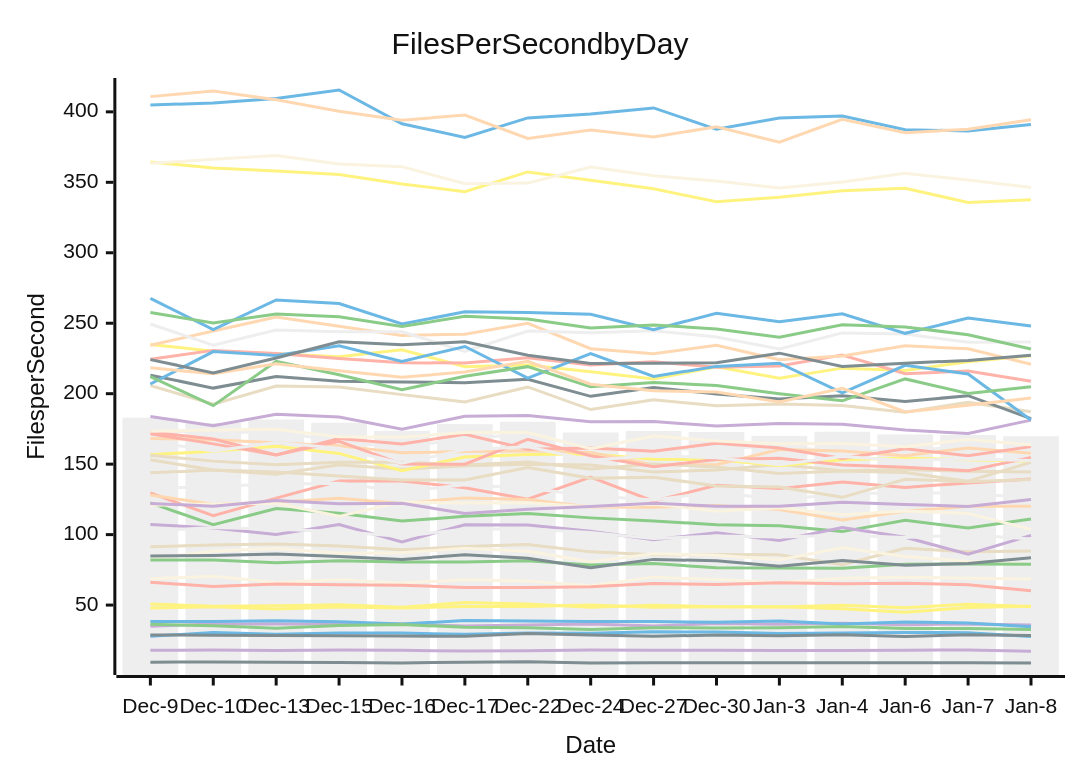
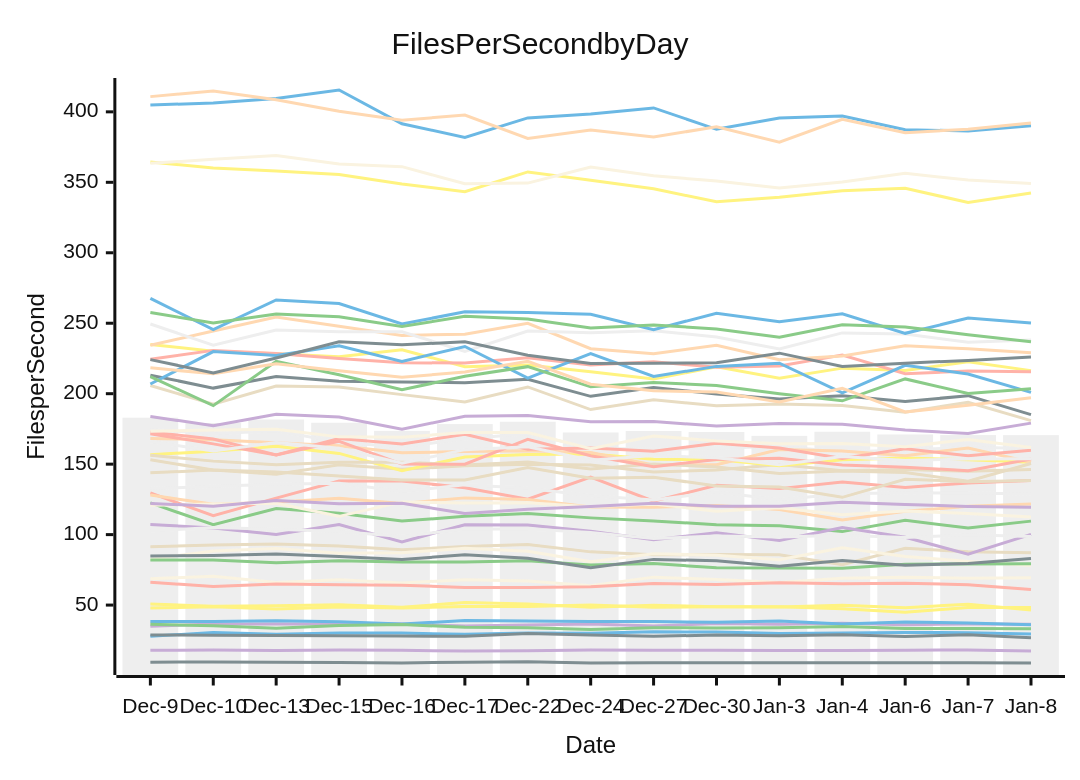
Before and after one commit to streetsidesoftware/cspell: the diagram in perf-report.md, drawn with Mermaid (neutral theme). The commit also changed other lines of this file and 1 other file, not shown here.

````diff
--- a/perf-report.md
+++ b/perf-report.md
@@ -10,57 +10,57 @@
 ```mermaid
 xychart-beta
     title Files Per Second by Day
     y-axis Files per Second
     x-axis Date [Dec-9, Dec-10, Dec-13, Dec-15, Dec-16, Dec-17, Dec-22, Dec-24, Dec-27, Dec-30, Jan-3, Jan-4, Jan-6, Jan-7, Jan-8]
-    bar [182.95, 179.19, 181.65, 179.36, 173.64, 178.43, 180.09, 172.48, 173.54, 172.79, 170.07, 172.98, 171.06, 170.63, 169.82]
-    line [27.90, 30.55, 29.22, 30.21, 30.10, 29.27, 30.24, 30.04, 30.99, 30.88, 29.79, 30.12, 30.58, 30.44, 27.79]
-    line [122.48, 107.06, 118.54, 115.18, 109.59, 113.00, 115.03, 111.88, 109.68, 107.07, 106.25, 102.14, 110.16, 104.65, 111.04]
-    line [34.90, 36.59, 36.61, 36.51, 36.62, 35.07, 35.79, 36.55, 35.09, 36.98, 36.38, 37.08, 36.07, 36.65, 35.93]
-    line [91.43, 92.60, 93.37, 91.85, 89.18, 91.59, 93.06, 87.76, 85.72, 85.81, 85.78, 78.64, 90.27, 87.90, 88.34]
-    line [129.58, 113.42, 125.88, 138.00, 137.98, 133.31, 125.20, 140.89, 123.76, 134.99, 132.64, 137.41, 133.47, 136.71, 139.41]
-    line [234.86, 230.17, 228.31, 226.27, 231.21, 219.13, 220.31, 215.56, 210.39, 219.17, 210.98, 218.13, 216.47, 222.63, 226.92]
+    bar [182.95, 179.19, 181.65, 179.36, 173.64, 178.43, 180.09, 172.48, 173.54, 172.79, 170.07, 172.98, 171.06, 170.63, 170.60]
+    line [27.90, 30.55, 29.22, 30.21, 30.10, 29.27, 30.24, 30.04, 30.99, 30.88, 29.79, 30.12, 30.58, 30.44, 29.43]
+    line [122.48, 107.06, 118.54, 115.18, 109.59, 113.00, 115.03, 111.88, 109.68, 107.07, 106.25, 102.14, 110.16, 104.65, 109.58]
+    line [34.90, 36.59, 36.61, 36.51, 36.62, 35.07, 35.79, 36.55, 35.09, 36.98, 36.38, 37.08, 36.07, 36.65, 36.34]
+    line [91.43, 92.60, 93.37, 91.85, 89.18, 91.59, 93.06, 87.76, 85.72, 85.81, 85.78, 78.64, 90.27, 87.90, 87.06]
+    line [129.58, 113.42, 125.88, 138.00, 137.98, 133.31, 125.20, 140.89, 123.76, 134.99, 132.64, 137.41, 133.47, 136.71, 138.45]
+    line [234.86, 230.17, 228.31, 226.27, 231.21, 219.13, 220.31, 215.56, 210.39, 219.17, 210.98, 218.13, 216.47, 222.63, 216.37]
     line [9.47, 9.61, 9.47, 9.27, 8.94, 9.45, 9.78, 8.90, 9.07, 9.12, 9.16, 9.11, 9.12, 9.14, 8.90]
-    line [128.11, 121.50, 122.96, 125.85, 122.14, 126.07, 124.95, 119.60, 119.43, 120.64, 117.82, 110.33, 116.53, 120.08, 120.12]
-    line [82.46, 88.30, 90.18, 86.83, 87.07, 90.37, 88.26, 80.81, 86.47, 85.34, 82.22, 90.61, 84.54, 80.98, 78.83]
-    line [132.66, 134.27, 135.78, 136.38, 130.55, 135.39, 132.89, 127.54, 124.61, 130.19, 124.72, 128.97, 129.63, 129.57, 125.74]
-    line [38.36, 38.36, 38.81, 38.12, 36.63, 38.97, 38.70, 38.32, 38.26, 37.85, 38.77, 36.54, 38.02, 37.20, 34.62]
-    line [82.06, 81.96, 79.96, 81.37, 80.53, 80.51, 81.49, 78.49, 79.44, 76.50, 76.34, 76.08, 79.03, 79.23, 78.95]
-    line [17.89, 18.13, 17.78, 18.13, 17.93, 17.37, 17.53, 18.08, 17.97, 17.93, 17.83, 17.83, 17.89, 18.19, 17.29]
-    line [153.13, 145.78, 142.78, 149.53, 146.32, 148.93, 149.89, 149.32, 144.39, 145.93, 149.70, 145.36, 146.19, 145.02, 144.38]
-    line [224.38, 230.73, 228.56, 225.00, 222.02, 221.71, 225.51, 220.33, 222.69, 218.79, 219.63, 227.40, 214.16, 216.11, 208.89]
-    line [156.72, 159.18, 162.67, 157.64, 145.39, 155.01, 156.77, 157.19, 153.46, 153.21, 148.91, 153.20, 154.41, 153.05, 152.14]
-    line [84.79, 85.17, 86.33, 84.51, 82.32, 85.67, 83.25, 76.44, 82.43, 81.41, 77.52, 81.68, 78.20, 79.53, 83.56]
-    line [234.36, 244.44, 254.37, 247.88, 241.35, 242.19, 249.98, 231.90, 228.38, 234.40, 224.05, 226.75, 234.01, 231.87, 220.86]
-    line [68.69, 70.43, 66.11, 67.91, 65.71, 68.06, 67.11, 63.78, 69.83, 68.15, 65.99, 69.11, 69.77, 69.09, 68.53]
-    line [174.62, 171.51, 173.65, 165.49, 162.20, 168.07, 171.52, 161.55, 160.38, 161.25, 162.72, 158.59, 160.02, 162.06, 155.03]
-    line [404.78, 406.35, 409.54, 415.50, 391.53, 381.89, 395.71, 398.52, 402.79, 387.60, 395.60, 397.05, 387.31, 386.47, 391.06]
-    line [36.33, 35.41, 33.56, 35.56, 36.21, 34.19, 33.89, 32.69, 33.95, 33.78, 33.96, 34.86, 33.41, 33.47, 32.73]
-    line [183.86, 177.29, 185.44, 183.45, 174.84, 184.02, 184.52, 180.06, 180.25, 176.99, 178.92, 178.38, 174.22, 171.75, 181.25]
-    line [205.78, 192.58, 205.45, 204.82, 199.34, 194.10, 204.78, 188.75, 195.62, 191.45, 192.64, 191.68, 186.85, 193.93, 187.17]
-    line [66.15, 63.18, 64.91, 64.35, 64.10, 62.51, 62.39, 63.01, 65.26, 64.66, 65.89, 65.11, 65.47, 64.47, 60.18]
-    line [364.44, 360.18, 358.05, 355.49, 348.84, 343.31, 357.38, 351.53, 345.39, 336.17, 339.40, 343.93, 345.83, 335.66, 337.68]
-    line [213.14, 203.97, 212.22, 208.88, 208.37, 207.77, 210.28, 198.12, 204.40, 199.78, 196.30, 198.61, 194.45, 198.60, 182.35]
-    line [168.12, 167.40, 165.15, 163.12, 158.04, 158.90, 159.56, 158.26, 149.38, 149.63, 160.44, 159.38, 155.94, 161.49, 157.72]
-    line [120.76, 121.79, 122.20, 112.97, 123.23, 122.39, 122.57, 119.82, 121.66, 116.64, 119.03, 114.16, 116.74, 115.06, 103.70]
-    line [249.46, 234.43, 245.12, 243.88, 243.97, 230.01, 244.43, 243.32, 244.74, 240.28, 231.82, 243.15, 242.35, 236.52, 236.64]
-    line [206.87, 229.87, 227.19, 234.07, 222.96, 233.49, 211.10, 228.39, 212.27, 219.38, 221.60, 200.66, 220.18, 213.99, 181.38]
-    line [212.06, 191.55, 223.01, 213.39, 202.82, 212.32, 219.19, 204.86, 207.97, 205.76, 199.93, 194.96, 210.48, 200.08, 204.99]
-    line [107.21, 104.66, 100.11, 107.13, 94.87, 107.05, 106.83, 102.33, 96.35, 101.39, 95.92, 105.11, 98.16, 86.10, 99.44]
-    line [156.25, 152.15, 149.54, 151.43, 151.38, 149.35, 151.56, 146.50, 150.10, 148.04, 143.32, 145.06, 144.14, 137.83, 151.23]
-    line [171.54, 164.38, 156.51, 166.27, 150.03, 149.99, 167.61, 155.99, 148.15, 153.37, 154.17, 149.42, 147.86, 145.38, 154.82]
-    line [47.97, 48.84, 47.30, 48.59, 47.94, 49.07, 48.96, 49.98, 48.46, 48.82, 48.74, 47.38, 44.97, 48.20, 49.23]
-    line [28.75, 28.65, 28.35, 28.26, 28.09, 27.81, 29.86, 28.77, 27.94, 28.71, 28.29, 28.89, 27.76, 28.93, 28.35]
-    line [218.34, 214.11, 221.23, 216.34, 211.66, 215.40, 222.98, 206.68, 202.06, 201.20, 194.13, 203.79, 186.99, 191.85, 196.87]
-    line [363.46, 366.29, 369.00, 363.03, 361.09, 348.96, 349.43, 360.81, 354.60, 350.95, 345.98, 350.21, 356.35, 351.62, 346.39]
-    line [102.69, 105.10, 103.83, 102.19, 98.64, 104.01, 104.04, 101.53, 97.16, 99.08, 98.33, 99.60, 97.96, 99.84, 96.94]
-    line [267.60, 245.47, 266.55, 263.96, 249.42, 258.13, 257.62, 256.30, 245.45, 257.10, 251.12, 256.72, 242.84, 253.62, 248.02]
-    line [257.60, 250.13, 256.58, 254.55, 247.67, 254.88, 252.93, 246.70, 248.73, 245.95, 240.13, 248.92, 247.35, 241.85, 231.75]
-    line [122.14, 120.17, 124.20, 121.82, 122.30, 114.99, 117.98, 119.98, 122.26, 120.11, 120.07, 122.96, 121.36, 120.04, 124.97]
-    line [143.82, 145.78, 144.45, 141.51, 138.80, 138.75, 147.65, 140.01, 140.67, 134.58, 133.84, 126.46, 139.31, 137.59, 139.08]
-    line [172.82, 167.78, 156.48, 168.20, 164.35, 171.17, 160.66, 161.47, 159.18, 164.75, 161.43, 154.09, 160.97, 155.89, 162.45]
-    line [50.73, 49.15, 49.54, 50.29, 48.39, 51.90, 50.84, 48.41, 49.94, 48.88, 48.70, 49.88, 48.16, 50.54, 48.93]
-    line [224.19, 214.79, 225.36, 236.86, 234.70, 236.77, 227.25, 221.39, 221.64, 222.00, 228.77, 219.30, 221.68, 223.62, 227.33]
-    line [410.80, 414.80, 408.65, 400.36, 394.11, 397.72, 381.16, 387.10, 382.18, 389.40, 378.43, 394.66, 385.25, 387.67, 394.33]
-    line [173.41, 174.24, 174.74, 169.36, 169.15, 172.44, 172.46, 160.97, 170.04, 166.42, 164.47, 164.70, 162.35, 167.49, 163.77]
-    line [166.00, 159.37, 165.42, 161.29, 150.68, 160.30, 162.32, 152.82, 156.10, 154.49, 149.59, 155.51, 152.61, 153.69, 152.63]
+    line [128.11, 121.50, 122.96, 125.85, 122.14, 126.07, 124.95, 119.60, 119.43, 120.64, 117.82, 110.33, 116.53, 120.08, 121.77]
+    line [82.46, 88.30, 90.18, 86.83, 87.07, 90.37, 88.26, 80.81, 86.47, 85.34, 82.22, 90.61, 84.54, 80.98, 78.06]
+    line [132.66, 134.27, 135.78, 136.38, 130.55, 135.39, 132.89, 127.54, 124.61, 130.19, 124.72, 128.97, 129.63, 129.57, 128.75]
+    line [38.36, 38.36, 38.81, 38.12, 36.63, 38.97, 38.70, 38.32, 38.26, 37.85, 38.77, 36.54, 38.02, 37.20, 35.97]
+    line [82.06, 81.96, 79.96, 81.37, 80.53, 80.51, 81.49, 78.49, 79.44, 76.50, 76.34, 76.08, 79.03, 79.23, 79.24]
+    line [17.89, 18.13, 17.78, 18.13, 17.93, 17.37, 17.53, 18.08, 17.97, 17.93, 17.83, 17.83, 17.89, 18.19, 17.48]
+    line [153.13, 145.78, 142.78, 149.53, 146.32, 148.93, 149.89, 149.32, 144.39, 145.93, 149.70, 145.36, 146.19, 145.02, 146.18]
+    line [224.38, 230.73, 228.56, 225.00, 222.02, 221.71, 225.51, 220.33, 222.69, 218.79, 219.63, 227.40, 214.16, 216.11, 215.58]
+    line [156.72, 159.18, 162.67, 157.64, 145.39, 155.01, 156.77, 157.19, 153.46, 153.21, 148.91, 153.20, 154.41, 153.05, 151.33]
+    line [84.79, 85.17, 86.33, 84.51, 82.32, 85.67, 83.25, 76.44, 82.43, 81.41, 77.52, 81.68, 78.20, 79.53, 83.01]
+    line [234.36, 244.44, 254.37, 247.88, 241.35, 242.19, 249.98, 231.90, 228.38, 234.40, 224.05, 226.75, 234.01, 231.87, 229.00]
+    line [68.69, 70.43, 66.11, 67.91, 65.71, 68.06, 67.11, 63.78, 69.83, 68.15, 65.99, 69.11, 69.77, 69.09, 69.36]
+    line [174.62, 171.51, 173.65, 165.49, 162.20, 168.07, 171.52, 161.55, 160.38, 161.25, 162.72, 158.59, 160.02, 162.06, 161.10]
+    line [404.78, 406.35, 409.54, 415.50, 391.53, 381.89, 395.71, 398.52, 402.79, 387.60, 395.60, 397.05, 387.31, 386.47, 390.16]
+    line [36.33, 35.41, 33.56, 35.56, 36.21, 34.19, 33.89, 32.69, 33.95, 33.78, 33.96, 34.86, 33.41, 33.47, 33.19]
+    line [183.86, 177.29, 185.44, 183.45, 174.84, 184.02, 184.52, 180.06, 180.25, 176.99, 178.92, 178.38, 174.22, 171.75, 179.11]
+    line [205.78, 192.58, 205.45, 204.82, 199.34, 194.10, 204.78, 188.75, 195.62, 191.45, 192.64, 191.68, 186.85, 193.93, 180.85]
+    line [66.15, 63.18, 64.91, 64.35, 64.10, 62.51, 62.39, 63.01, 65.26, 64.66, 65.89, 65.11, 65.47, 64.47, 61.13]
+    line [364.44, 360.18, 358.05, 355.49, 348.84, 343.31, 357.38, 351.53, 345.39, 336.17, 339.40, 343.93, 345.83, 335.66, 342.43]
+    line [213.14, 203.97, 212.22, 208.88, 208.37, 207.77, 210.28, 198.12, 204.40, 199.78, 196.30, 198.61, 194.45, 198.60, 185.12]
+    line [168.12, 167.40, 165.15, 163.12, 158.04, 158.90, 159.56, 158.26, 149.38, 149.63, 160.44, 159.38, 155.94, 161.49, 151.30]
+    line [120.76, 121.79, 122.20, 112.97, 123.23, 122.39, 122.57, 119.82, 121.66, 116.64, 119.03, 114.16, 116.74, 115.06, 112.51]
+    line [249.46, 234.43, 245.12, 243.88, 243.97, 230.01, 244.43, 243.32, 244.74, 240.28, 231.82, 243.15, 242.35, 236.52, 238.12]
+    line [206.87, 229.87, 227.19, 234.07, 222.96, 233.49, 211.10, 228.39, 212.27, 219.38, 221.60, 200.66, 220.18, 213.99, 200.90]
+    line [212.06, 191.55, 223.01, 213.39, 202.82, 212.32, 219.19, 204.86, 207.97, 205.76, 199.93, 194.96, 210.48, 200.08, 203.53]
+    line [107.21, 104.66, 100.11, 107.13, 94.87, 107.05, 106.83, 102.33, 96.35, 101.39, 95.92, 105.11, 98.16, 86.10, 100.14]
+    line [156.25, 152.15, 149.54, 151.43, 151.38, 149.35, 151.56, 146.50, 150.10, 148.04, 143.32, 145.06, 144.14, 137.83, 150.50]
+    line [171.54, 164.38, 156.51, 166.27, 150.03, 149.99, 167.61, 155.99, 148.15, 153.37, 154.17, 149.42, 147.86, 145.38, 153.63]
+    line [47.97, 48.84, 47.30, 48.59, 47.94, 49.07, 48.96, 49.98, 48.46, 48.82, 48.74, 47.38, 44.97, 48.20, 48.28]
+    line [28.75, 28.65, 28.35, 28.26, 28.09, 27.81, 29.86, 28.77, 27.94, 28.71, 28.29, 28.89, 27.76, 28.93, 26.82]
+    line [218.34, 214.11, 221.23, 216.34, 211.66, 215.40, 222.98, 206.68, 202.06, 201.20, 194.13, 203.79, 186.99, 191.85, 197.16]
+    line [363.46, 366.29, 369.00, 363.03, 361.09, 348.96, 349.43, 360.81, 354.60, 350.95, 345.98, 350.21, 356.35, 351.62, 349.11]
+    line [102.69, 105.10, 103.83, 102.19, 98.64, 104.01, 104.04, 101.53, 97.16, 99.08, 98.33, 99.60, 97.96, 99.84, 98.62]
+    line [267.60, 245.47, 266.55, 263.96, 249.42, 258.13, 257.62, 256.30, 245.45, 257.10, 251.12, 256.72, 242.84, 253.62, 250.11]
+    line [257.60, 250.13, 256.58, 254.55, 247.67, 254.88, 252.93, 246.70, 248.73, 245.95, 240.13, 248.92, 247.35, 241.85, 236.85]
+    line [122.14, 120.17, 124.20, 121.82, 122.30, 114.99, 117.98, 119.98, 122.26, 120.11, 120.07, 122.96, 121.36, 120.04, 119.36]
+    line [143.82, 145.78, 144.45, 141.51, 138.80, 138.75, 147.65, 140.01, 140.67, 134.58, 133.84, 126.46, 139.31, 137.59, 138.48]
+    line [172.82, 167.78, 156.48, 168.20, 164.35, 171.17, 160.66, 161.47, 159.18, 164.75, 161.43, 154.09, 160.97, 155.89, 159.83]
+    line [50.73, 49.15, 49.54, 50.29, 48.39, 51.90, 50.84, 48.41, 49.94, 48.88, 48.70, 49.88, 48.16, 50.54, 46.59]
+    line [224.19, 214.79, 225.36, 236.86, 234.70, 236.77, 227.25, 221.39, 221.64, 222.00, 228.77, 219.30, 221.68, 223.62, 226.04]
+    line [410.80, 414.80, 408.65, 400.36, 394.11, 397.72, 381.16, 387.10, 382.18, 389.40, 378.43, 394.66, 385.25, 387.67, 392.05]
+    line [173.41, 174.24, 174.74, 169.36, 169.15, 172.44, 172.46, 160.97, 170.04, 166.42, 164.47, 164.70, 162.35, 167.49, 161.75]
+    line [166.00, 159.37, 165.42, 161.29, 150.68, 160.30, 162.32, 152.82, 156.10, 154.49, 149.59, 155.51, 152.61, 153.69, 153.81]
 ```
````
